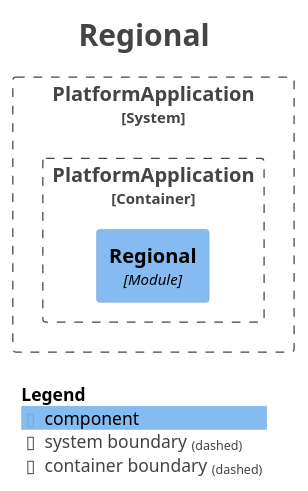
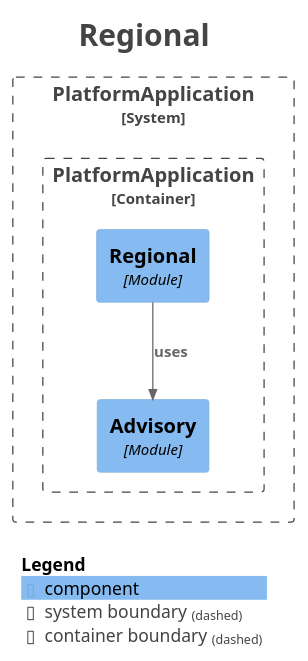
One commit to youssefBM2104/2bgreen changed the diagram in docs/architecture/module-regional.puml. Above: the diagram before and after it, drawn with PlantUML. The commit also changed 39 other files, not shown here.

```diff
--- a/docs/architecture/module-regional.puml
+++ b/docs/architecture/module-regional.puml
@@ -1,27 +1,30 @@
 @startuml
 title <size:24>Regional</size>
 
 set separator none
 top to bottom direction
 
 <style>
   root {
     BackgroundColor: #ffffff
     FontColor: #444444
   }
 </style>
 
 !include <C4/C4>
 !include <C4/C4_Context>
 !include <C4/C4_Component>
 
 System_Boundary("PlatformApplication_boundary", "PlatformApplication", $tags="") {
   Container_Boundary("PlatformApplication.PlatformApplication_boundary", "PlatformApplication", $tags="") {
+    Component(PlatformApplication.PlatformApplication.Advisory, "Advisory", $techn="Module", $descr="", $tags="", $link="")
     Component(PlatformApplication.PlatformApplication.Regional, "Regional", $techn="Module", $descr="", $tags="", $link="")
   }
 
 }
 
+Rel(PlatformApplication.PlatformApplication.Regional, PlatformApplication.PlatformApplication.Advisory, "uses", $techn="", $tags="", $link="")
+
 SHOW_LEGEND(true)
 hide stereotypes
 @enduml
```
